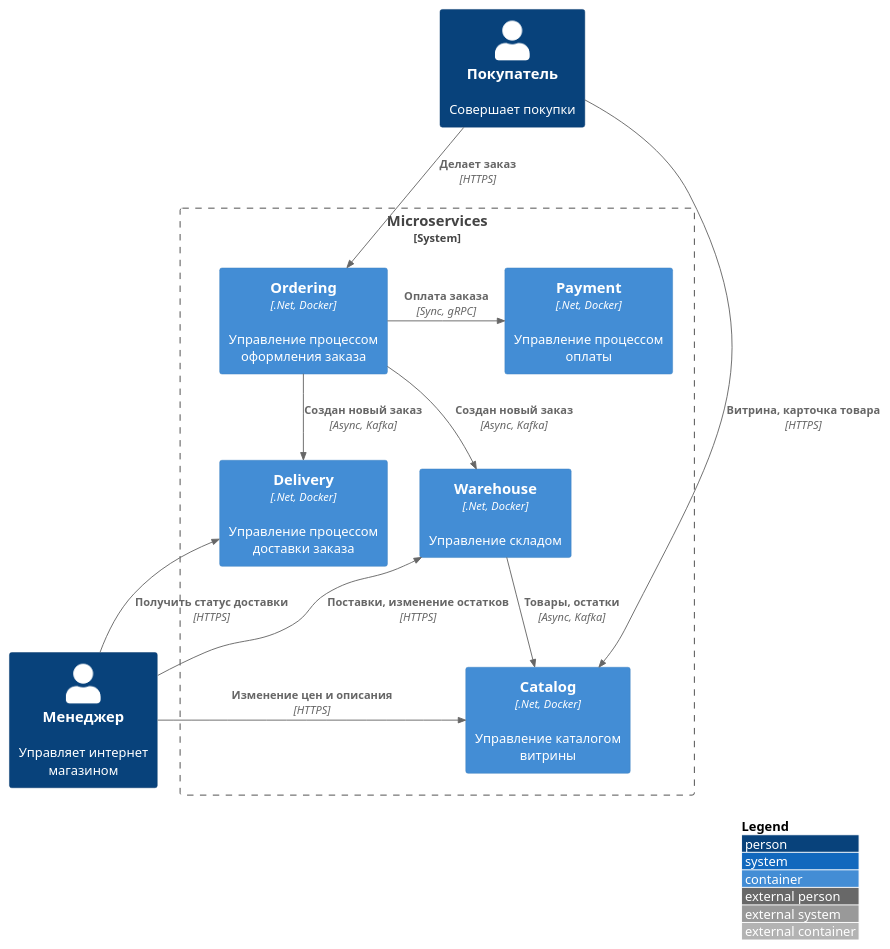
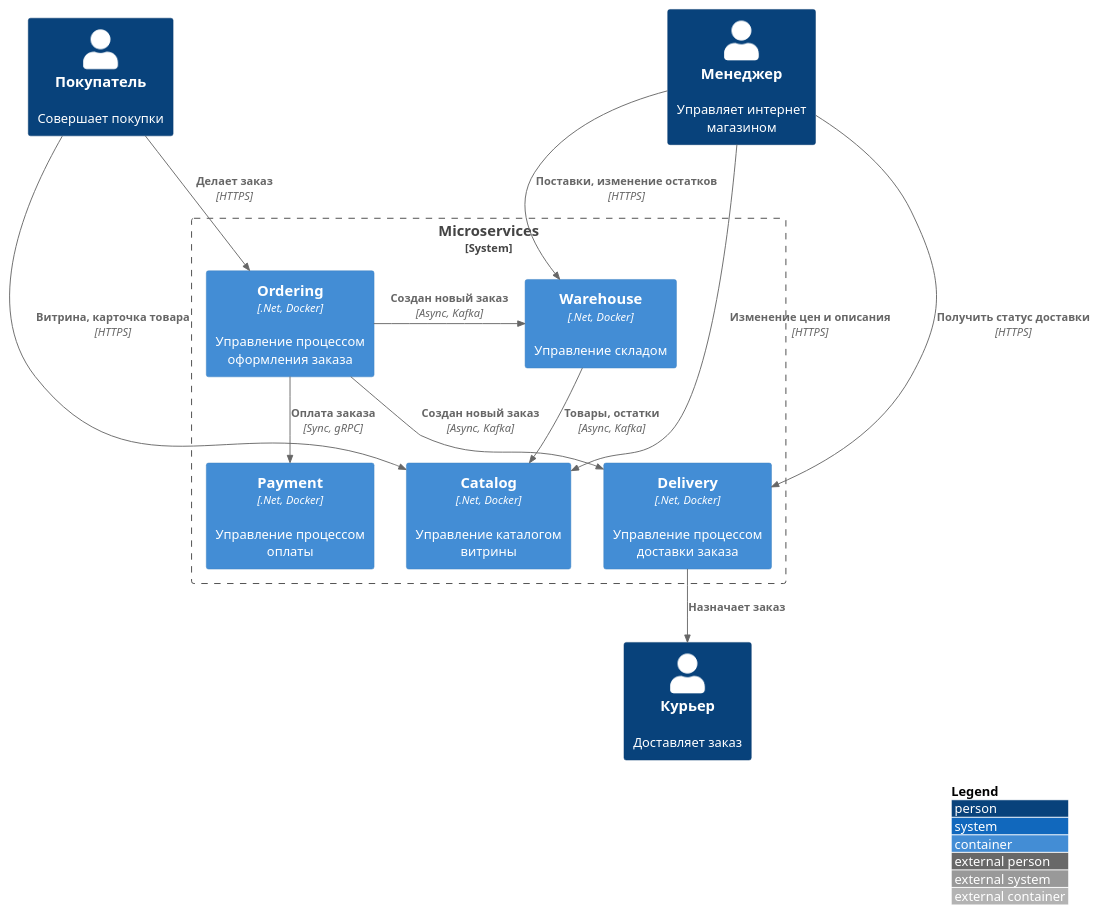
The third of 4 diagrams in README.md (gerzhan/knigaexpert-system-design), drawn with PlantUML before and after one commit. The commit also changed other lines of this file and 6 other files, not shown here.

````diff
--- a/README.md
+++ b/README.md
@@ -85,33 +96,35 @@
 ```plantuml
 !include https://raw.githubusercontent.com/plantuml-stdlib/C4-PlantUML/master/C4_Container.puml
 
 skinparam wrapWidth 200
 skinparam maxMessageSize 200
 
 LAYOUT_TOP_DOWN()
 LAYOUT_WITH_LEGEND()
 
 Person(customer, Покупатель, "Совершает покупки")
 Person(manager, Менеджер, "Управляет интернет магазином")
+Person(courier, Курьер, "Доставляет заказ")
+
 System_Boundary(microservices, "Microservices") {
   Container(ordering, "Ordering", ".Net, Docker", "Управление процессом оформления заказа")
   Rel(customer, ordering, "Делает заказ", "HTTPS")  
 
   Container(warehouse, "Warehouse", ".Net, Docker", "Управление складом")
-  Rel(ordering, warehouse, "Cоздан новый заказ", "Async, Kafka")
+  Rel_R(ordering, warehouse, "Cоздан новый заказ", "Async, Kafka")
   Rel(manager, warehouse, "Поставки, изменение остатков", "HTTPS")
 
   Container(catalog, "Catalog", ".Net, Docker", "Управление каталогом витрины")
   Rel(warehouse, catalog, "Товары, остатки", "Async, Kafka")
   Rel(customer, catalog, "Витрина, карточка товара", "HTTPS")
-  Rel_U(manager, catalog, "Изменение цен и описания", "HTTPS")
+  Rel(manager, catalog, "Изменение цен и описания", "HTTPS")
 
   Container(payment, "Payment", ".Net, Docker", "Управление процессом оплаты")
-  Rel_R(ordering, payment, "Оплата заказа", "Sync, gRPC")
+  Rel(ordering, payment, "Оплата заказа", "Sync, gRPC")
 
   Container(delivery, "Delivery", ".Net, Docker", "Управление процессом доставки заказа")
   Rel(ordering, delivery, "Cоздан новый заказ", "Async, Kafka")
-  Rel_U(manager, delivery, "Получить статус доставки", "HTTPS")
-  Lay_L(microservices,manager)
+  Rel(manager, delivery, "Получить статус доставки", "HTTPS")
+  Rel(delivery,courier,"Назначает заказ")
 }
 ```
````
